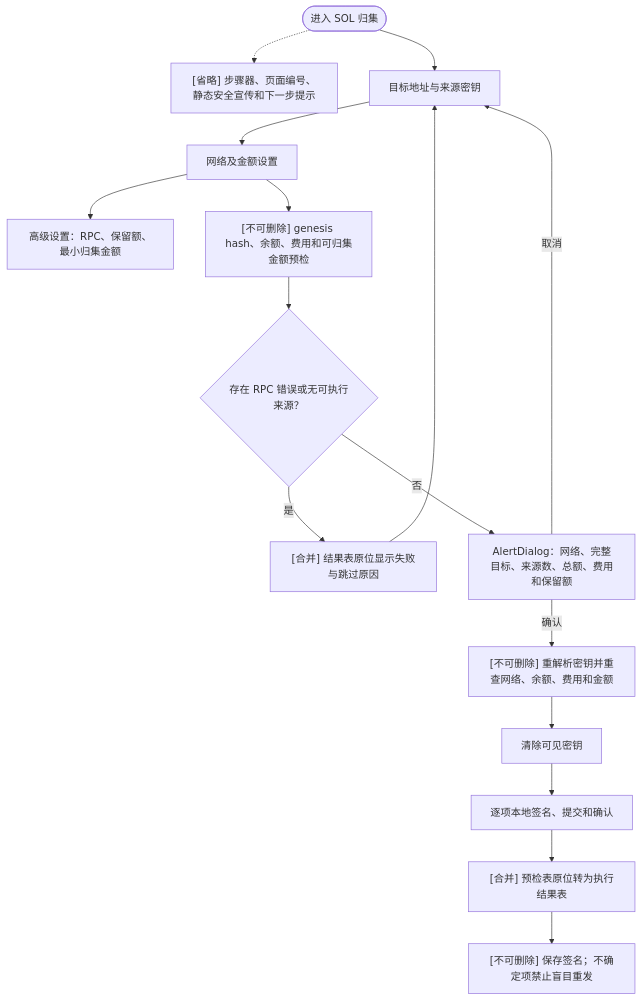
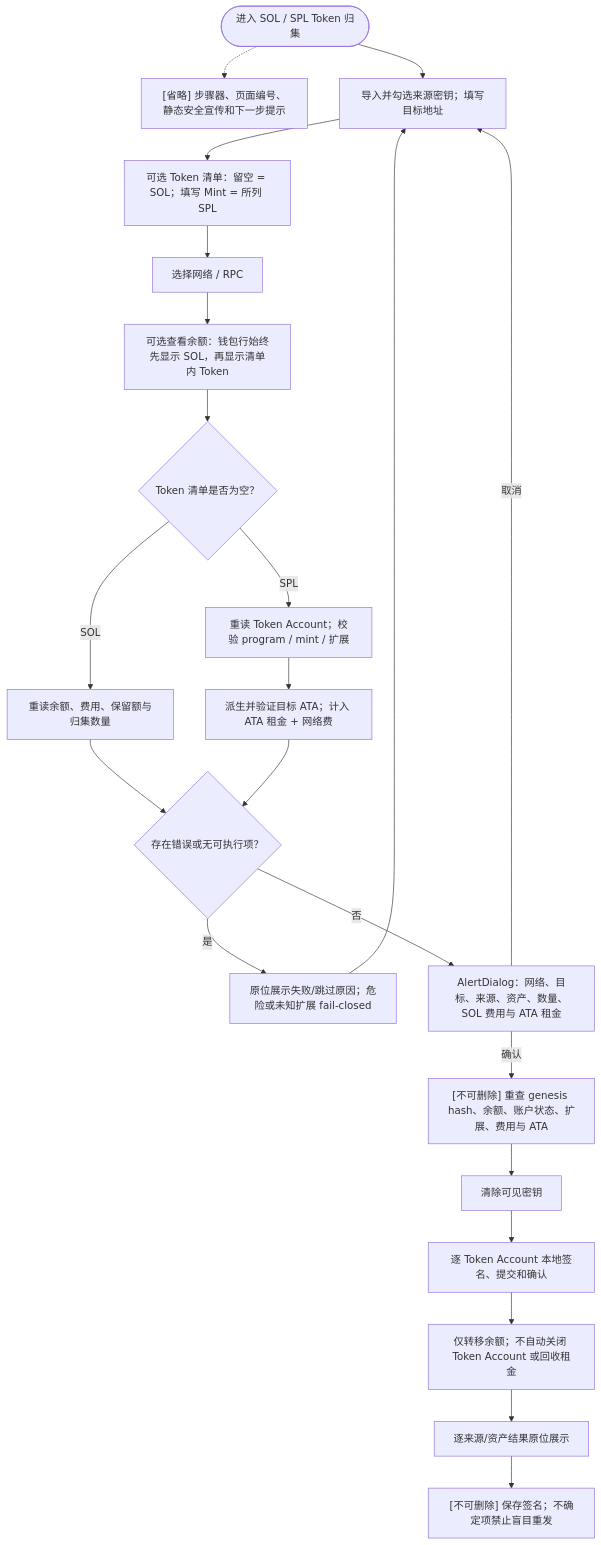
Before and after one commit to ioiv/batch_send: the tenth of 12 diagrams in docs/feature-flows.md, drawn with Mermaid. The commit also changed other lines of this file and 19 other files, not shown here.

Commit message:
feat: add Solana SPL token collection

````diff
--- a/docs/feature-flows.md
+++ b/docs/feature-flows.md
@@ -425,18 +433,24 @@
 ```mermaid
 flowchart TD
-  sol_o_start(["进入 SOL 归集"]) -.-> sol_o_omit["[省略] 步骤器、页面编号、静态安全宣传和下一步提示"]
-  sol_o_start --> sol_o_identity["目标地址与来源密钥"]
-  sol_o_identity --> sol_o_network["网络及金额设置"]
-  sol_o_network --> sol_o_advanced["高级设置：RPC、保留额、最小归集金额"]
-  sol_o_network --> sol_o_preflight["[不可删除] genesis hash、余额、费用和可归集金额预检"]
-  sol_o_preflight --> sol_o_pass{"存在 RPC 错误或无可执行来源？"}
-  sol_o_pass -->|是| sol_o_error["[合并] 结果表原位显示失败与跳过原因"]
+  sol_o_start(["进入 SOL / SPL Token 归集"]) -.-> sol_o_omit["[省略] 步骤器、页面编号、静态安全宣传和下一步提示"]
+  sol_o_start --> sol_o_identity["导入并勾选来源密钥；填写目标地址"]
+  sol_o_identity --> sol_o_assets["可选 Token 清单：留空 = SOL；填写 Mint = 所列 SPL"]
+  sol_o_assets --> sol_o_network["选择网络 / RPC"]
+  sol_o_network --> sol_o_holdings["可选查看余额：钱包行始终先显示 SOL，再显示清单内 Token"]
+  sol_o_holdings --> sol_o_standard{"Token 清单是否为空？"}
+  sol_o_standard -->|SOL| sol_o_sol["重读余额、费用、保留额与归集数量"]
+  sol_o_standard -->|SPL| sol_o_spl["重读 Token Account；校验 program / mint / 扩展"]
+  sol_o_spl --> sol_o_ata["派生并验证目标 ATA；计入 ATA 租金 + 网络费"]
+  sol_o_sol --> sol_o_pass{"存在错误或无可执行项？"}
+  sol_o_ata --> sol_o_pass
+  sol_o_pass -->|是| sol_o_error["原位展示失败/跳过原因；危险或未知扩展 fail-closed"]
   sol_o_error --> sol_o_identity
-  sol_o_pass -->|否| sol_o_dialog["AlertDialog：网络、完整目标、来源数、总额、费用和保留额"]
+  sol_o_pass -->|否| sol_o_dialog["AlertDialog：网络、目标、来源、资产、数量、SOL 费用与 ATA 租金"]
   sol_o_dialog -->|取消| sol_o_identity
-  sol_o_dialog -->|确认| sol_o_recheck["[不可删除] 重解析密钥并重查网络、余额、费用和金额"]
+  sol_o_dialog -->|确认| sol_o_recheck["[不可删除] 重查 genesis hash、余额、账户状态、扩展、费用与 ATA"]
   sol_o_recheck --> sol_o_clear["清除可见密钥"]
-  sol_o_clear --> sol_o_run["逐项本地签名、提交和确认"]
-  sol_o_run --> sol_o_results["[合并] 预检表原位转为执行结果表"]
+  sol_o_clear --> sol_o_run["逐 Token Account 本地签名、提交和确认"]
+  sol_o_run --> sol_o_keep["仅转移余额；不自动关闭 Token Account 或回收租金"]
+  sol_o_keep --> sol_o_results["逐来源/资产结果原位展示"]
   sol_o_results --> sol_o_lock["[不可删除] 保存签名；不确定项禁止盲目重发"]
 ```
````
